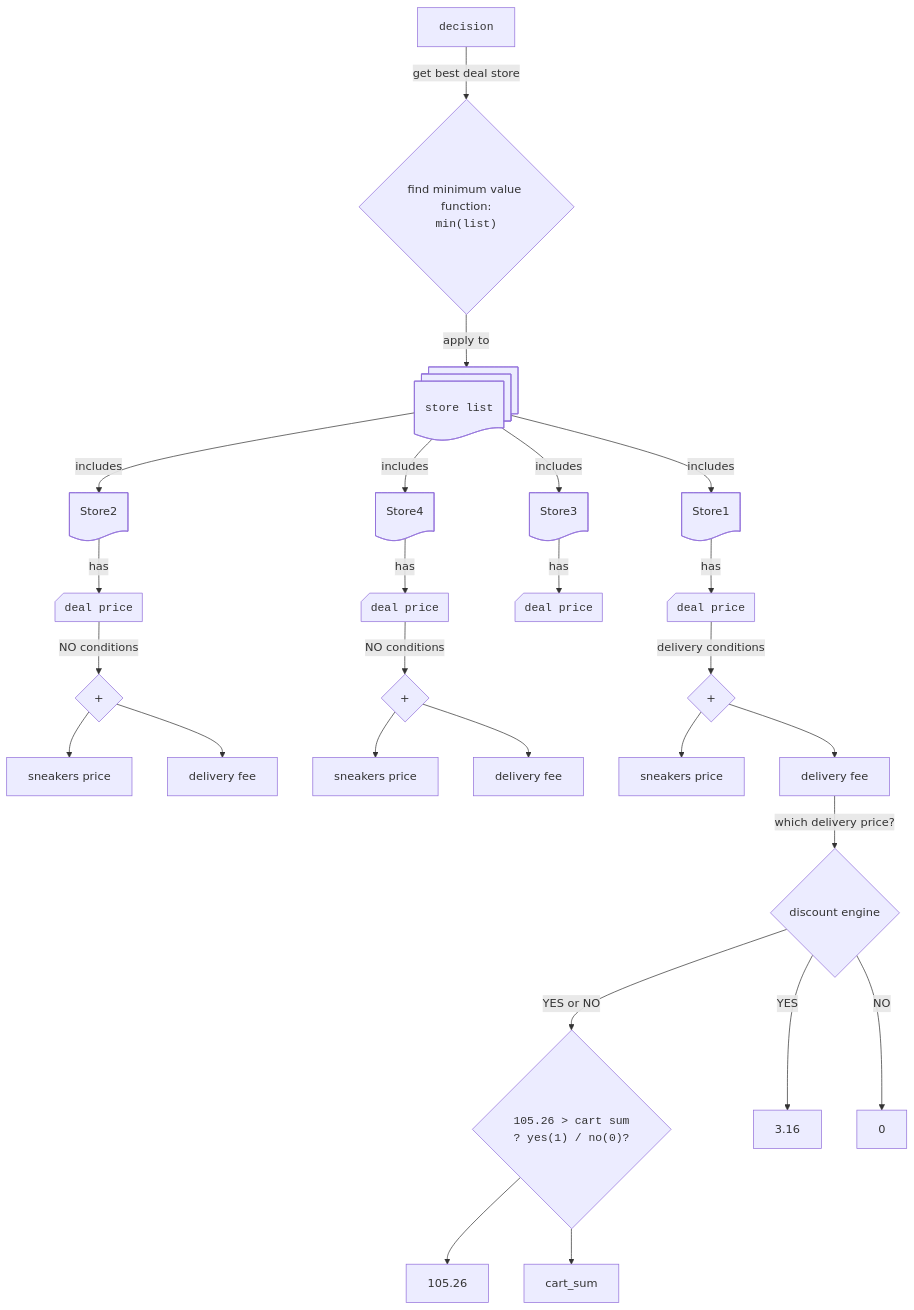
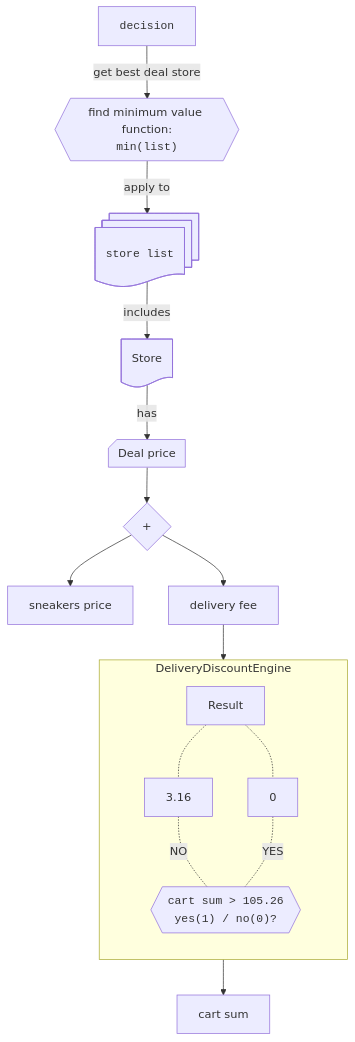
The tenth of 11 diagrams in README.md (Walter462/Sneakers), drawn with Mermaid before and after one commit. The commit also changed other lines of this file, not shown here.

Commit message:
docs: add store1 algoritm

````diff
--- a/README.md
+++ b/README.md
@@ -393,42 +469,34 @@
 ```mermaid
 %%{ init : { "themeVariables": { "htmlLabels": true }}}%%
 graph TB
   decision@{shape: rect, label: "<code>decision</code>"}
   decision -->|get best deal store| minf
-  minf@{shape: diamond, label: "find minimum value function:\n<code>min(list)</code>"}
+  minf@{shape: hex, label: "find minimum value function:\n <code>min(list)</code>"}
   minf -->|apply to| StoreList@{shape: docs, label: "<code>store list</code>"}
-  StoreList --> |includes|Store1@{shape: doc}
-  StoreList --> |includes|Store2@{shape: doc}
-  StoreList --> |includes|Store3@{shape: doc}
-  StoreList --> |includes|Store4@{shape: doc}
+  StoreList --> |includes|Store@{shape: doc}
 
-  Store1@{shape: doc} --> |has|deal_price1@{shape: card, label: "<code>deal price</code>"}
-  Store2@{shape: doc} --> |has|deal_price2@{shape: card, label: "<code>deal price</code>"}
-  Store3@{shape: doc} --> |has|deal_price3@{shape: card, label: "<code>deal price</code>"}
-  Store4@{shape: doc} --> |has|deal_price4@{shape: card, label: "<code>deal price</code>"}
+  Store@{shape: doc} --> |has|store1.deal_price@{shape: card, label: "<code>deal price</code>"}
 
-  Sum2@{shape: diamond, label: " + "}
-  Sum2 --> sneakers_price1@{shape: rect, label: "sneakers price"} & delivery_fee1@{shape: rect, label: "delivery fee"}
+  store1.deal_price@{shape: card, label: "Deal price"}
+  store1.sum@{shape: diamond, label: " + "}
+  store1.deal_price --> store1.sum  
+  store1.sum --> store1.sneakers_price@{shape: rect, label: "sneakers price"}
+  store1.sum --> store1.delivery_fee@{shape: rect, label: "delivery fee"}
+  
+  store1.delivery_fee --> Result
+    GT@{shape: hex, label: "<code>cart sum > 105.26 \n yes(1) / no(0)?</code>"}
 
-  Sum4@{shape: diamond, label: " + "}
-  Sum4 --> sneakers_price4@{shape: rect, label: "sneakers price"} & delivery_fee4@{shape: rect, label: "delivery fee"}
-  
-  
-%% Sum1
-  Sum1@{shape: diamond, label: " + "}
-  Sum1 --> sneakers_price@{shape: rect, label: "sneakers price"} & delivery_fee@{shape: rect, label: "delivery fee"}
-  
-  delivery_fee -->|which delivery price?|DeliveryDiscount
-  DeliveryDiscount@{shape: diamond, label: "discount engine"}
-  GT@{shape: diamond, label: "<code> 105.26 > cart sum ? yes(1) / no(0)?</code>"}
-  Threshold@{shape: rect, label: "105.26"}
-  DeliveryDiscount -->|YES or NO|GT
-  GT-->Threshold 
-  GT--> cart_sum
-  DeliveryDiscount --> |YES| DeliveryFee@{shape: rect, label: "3.16"}
-  DeliveryDiscount --> |NO| DeliveryNull@{shape: rect, label: "0"}
-
-  deal_price1-->|delivery conditions|Sum1
-  deal_price2-->|NO conditions|Sum2
-  deal_price4-->|NO conditions|Sum4
+    DeliveryFee@{shape: rect, label: "3.16"} -.-|NO| GT
+    DeliveryNull@{shape: rect, label: "0"} -.- |YES|GT
+    Result
+    Result -.- DeliveryFee 
+    Result -.- DeliveryNull 
+  subgraph DeliveryDiscountEngine
+    direction TB
+    Result
+    DeliveryFee
+    DeliveryNull
+    GT
+  end
+GT-->cart_sum@{shape: rect, label: "cart sum"}
 ```
````
